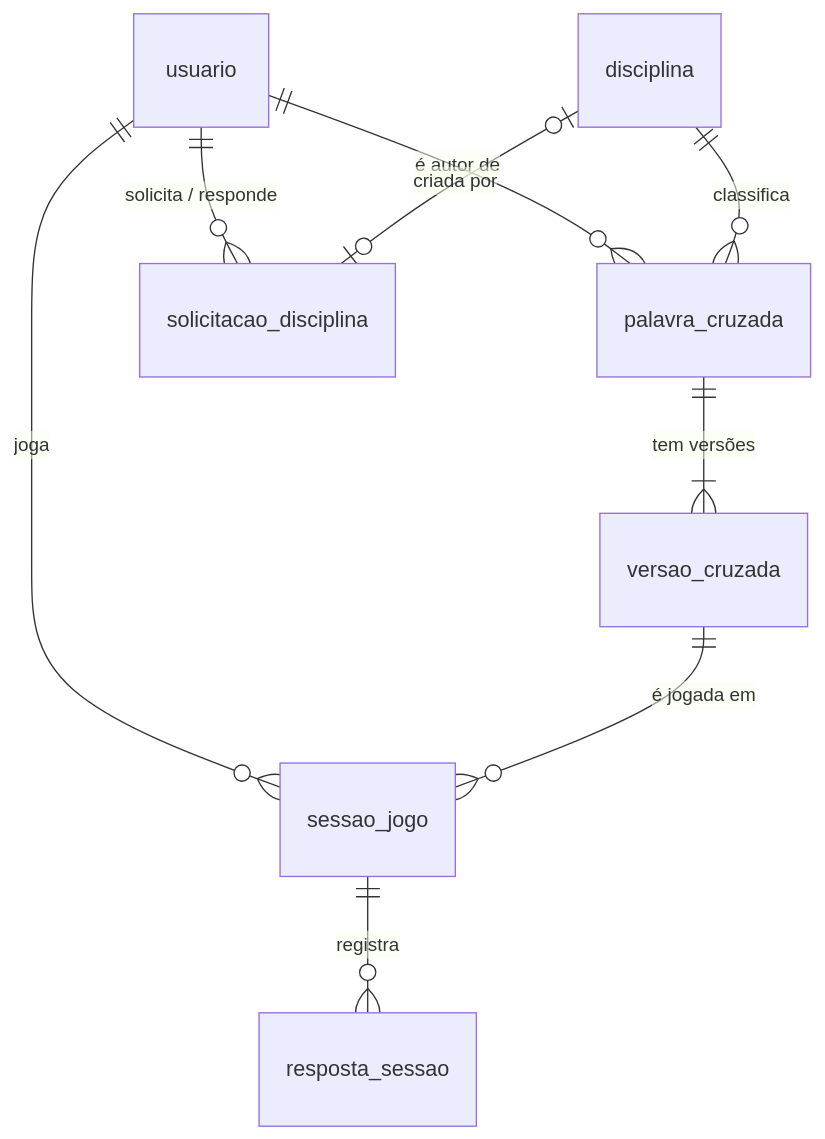
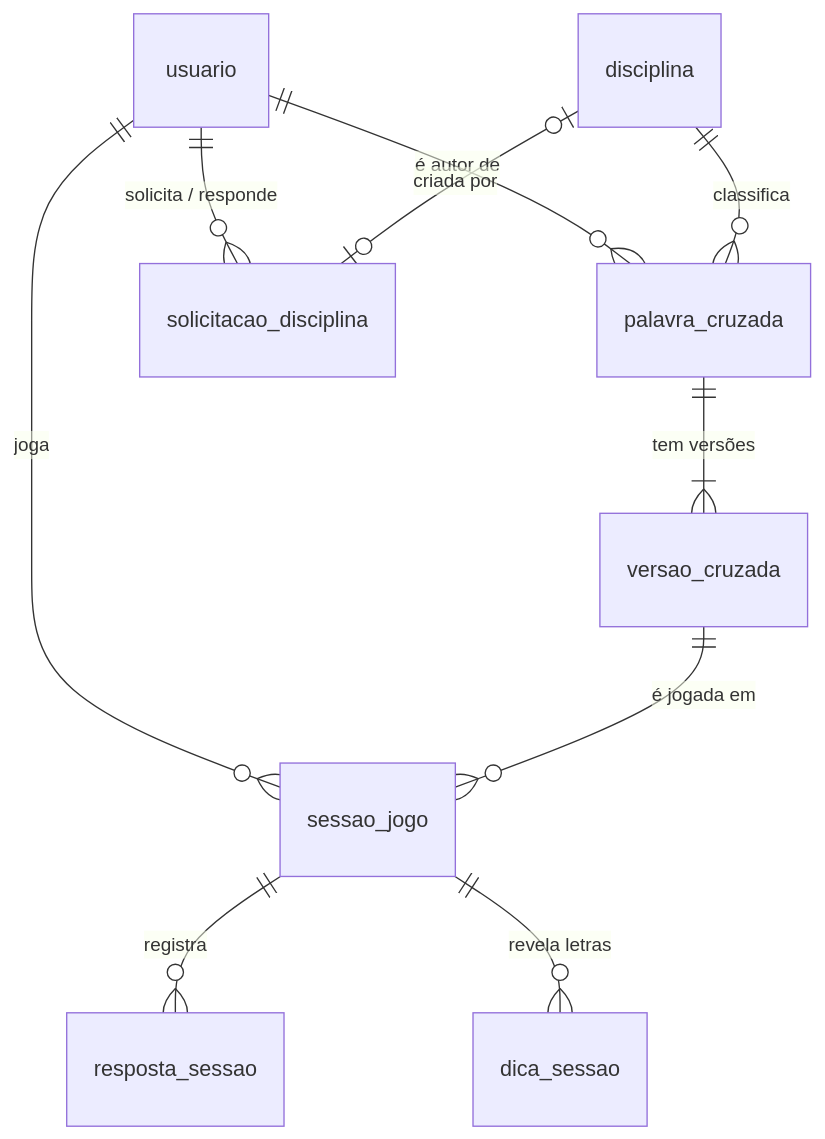
Before and after one commit to marceloareas/PalavrasCruzadas: the third of 7 diagrams in docs/manuais/manual-desenvolvedor.md, drawn with Mermaid. The commit also changed other lines of this file and 42 other files, not shown here.

````diff
--- a/docs/manuais/manual-desenvolvedor.md
+++ b/docs/manuais/manual-desenvolvedor.md
@@ -312,11 +314,12 @@
 ```mermaid
 erDiagram
     usuario ||--o{ palavra_cruzada : "é autor de"
     usuario ||--o{ sessao_jogo : "joga"
     usuario ||--o{ solicitacao_disciplina : "solicita / responde"
     disciplina ||--o{ palavra_cruzada : "classifica"
     disciplina |o--o| solicitacao_disciplina : "criada por"
     palavra_cruzada ||--|{ versao_cruzada : "tem versões"
     versao_cruzada ||--o{ sessao_jogo : "é jogada em"
     sessao_jogo ||--o{ resposta_sessao : "registra"
+    sessao_jogo ||--o{ dica_sessao : "revela letras"
 ```
````
